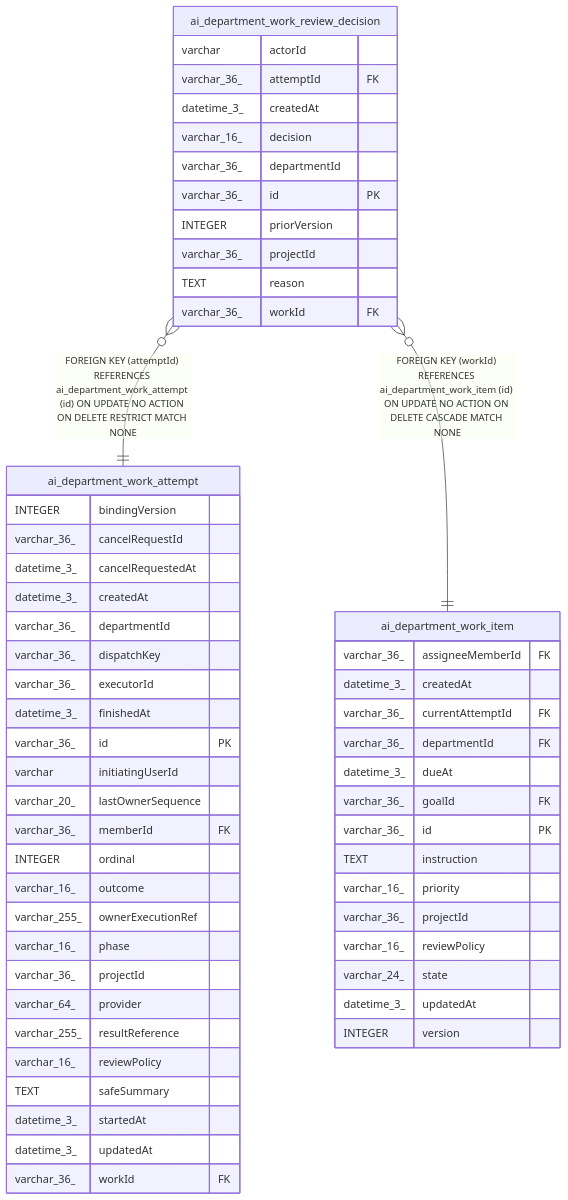
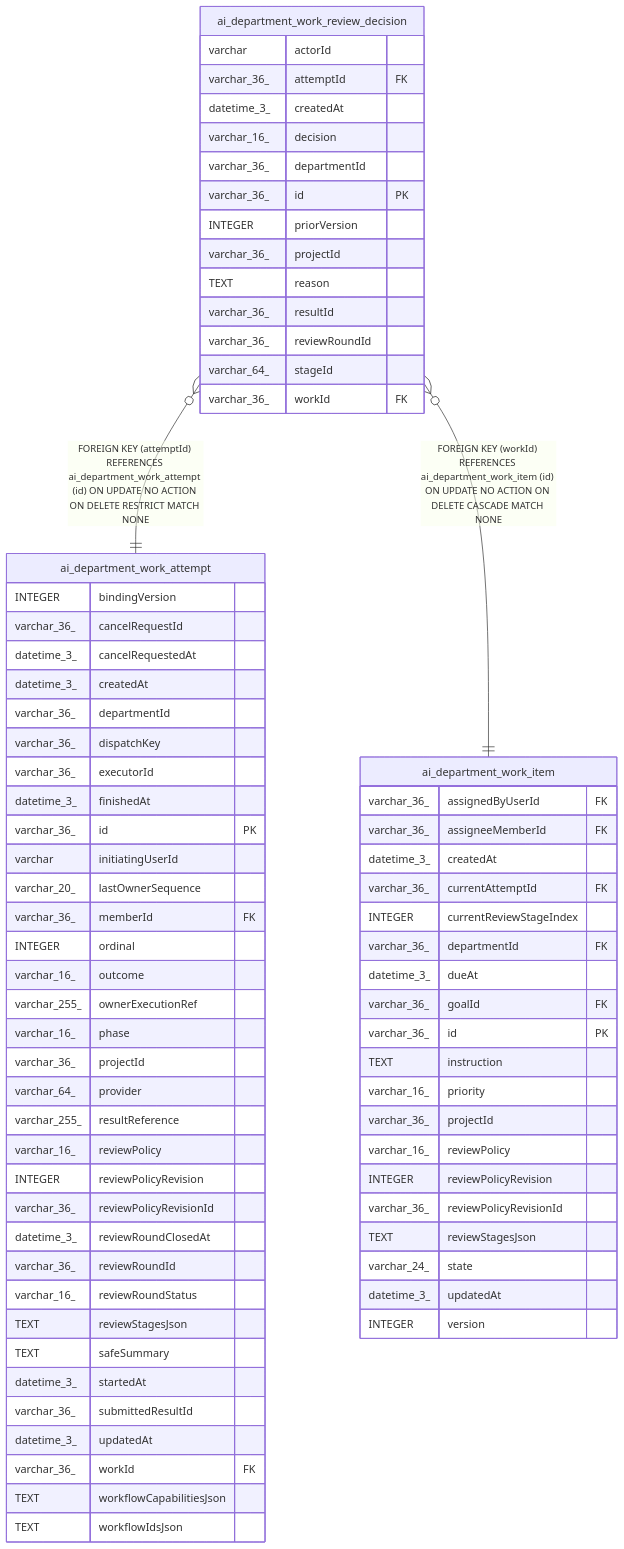
One commit to haison1234/Nexora changed the diagram in docs/generated/sqlite-schema/ai_department_work_review_decision.md. Above: the diagram before and after it, drawn with Mermaid. The commit also changed other lines of this file and 524 other files, not shown here.

````diff
--- a/docs/generated/sqlite-schema/ai_department_work_review_decision.md
+++ b/docs/generated/sqlite-schema/ai_department_work_review_decision.md
@@ -47,61 +50,78 @@
 ```mermaid
 erDiagram
 
 "ai_department_work_review_decision" }o--|| "ai_department_work_attempt" : "FOREIGN KEY (attemptId) REFERENCES ai_department_work_attempt (id) ON UPDATE NO ACTION ON DELETE RESTRICT MATCH NONE"
 "ai_department_work_review_decision" }o--|| "ai_department_work_item" : "FOREIGN KEY (workId) REFERENCES ai_department_work_item (id) ON UPDATE NO ACTION ON DELETE CASCADE MATCH NONE"
 
 "ai_department_work_review_decision" {
   varchar actorId
   varchar_36_ attemptId FK
   datetime_3_ createdAt
   varchar_16_ decision
   varchar_36_ departmentId
   varchar_36_ id PK
   INTEGER priorVersion
   varchar_36_ projectId
   TEXT reason
+  varchar_36_ resultId
+  varchar_36_ reviewRoundId
+  varchar_64_ stageId
   varchar_36_ workId FK
 }
 "ai_department_work_attempt" {
   INTEGER bindingVersion
   varchar_36_ cancelRequestId
   datetime_3_ cancelRequestedAt
   datetime_3_ createdAt
   varchar_36_ departmentId
   varchar_36_ dispatchKey
   varchar_36_ executorId
   datetime_3_ finishedAt
   varchar_36_ id PK
   varchar initiatingUserId
   varchar_20_ lastOwnerSequence
   varchar_36_ memberId FK
   INTEGER ordinal
   varchar_16_ outcome
   varchar_255_ ownerExecutionRef
   varchar_16_ phase
   varchar_36_ projectId
   varchar_64_ provider
   varchar_255_ resultReference
   varchar_16_ reviewPolicy
+  INTEGER reviewPolicyRevision
+  varchar_36_ reviewPolicyRevisionId
+  datetime_3_ reviewRoundClosedAt
+  varchar_36_ reviewRoundId
+  varchar_16_ reviewRoundStatus
+  TEXT reviewStagesJson
   TEXT safeSummary
   datetime_3_ startedAt
+  varchar_36_ submittedResultId
   datetime_3_ updatedAt
   varchar_36_ workId FK
+  TEXT workflowCapabilitiesJson
+  TEXT workflowIdsJson
 }
 "ai_department_work_item" {
+  varchar_36_ assignedByUserId FK
   varchar_36_ assigneeMemberId FK
   datetime_3_ createdAt
   varchar_36_ currentAttemptId FK
+  INTEGER currentReviewStageIndex
   varchar_36_ departmentId FK
   datetime_3_ dueAt
   varchar_36_ goalId FK
   varchar_36_ id PK
   TEXT instruction
   varchar_16_ priority
   varchar_36_ projectId
   varchar_16_ reviewPolicy
+  INTEGER reviewPolicyRevision
+  varchar_36_ reviewPolicyRevisionId
+  TEXT reviewStagesJson
   varchar_24_ state
   datetime_3_ updatedAt
   INTEGER version
 }
 ```
````
